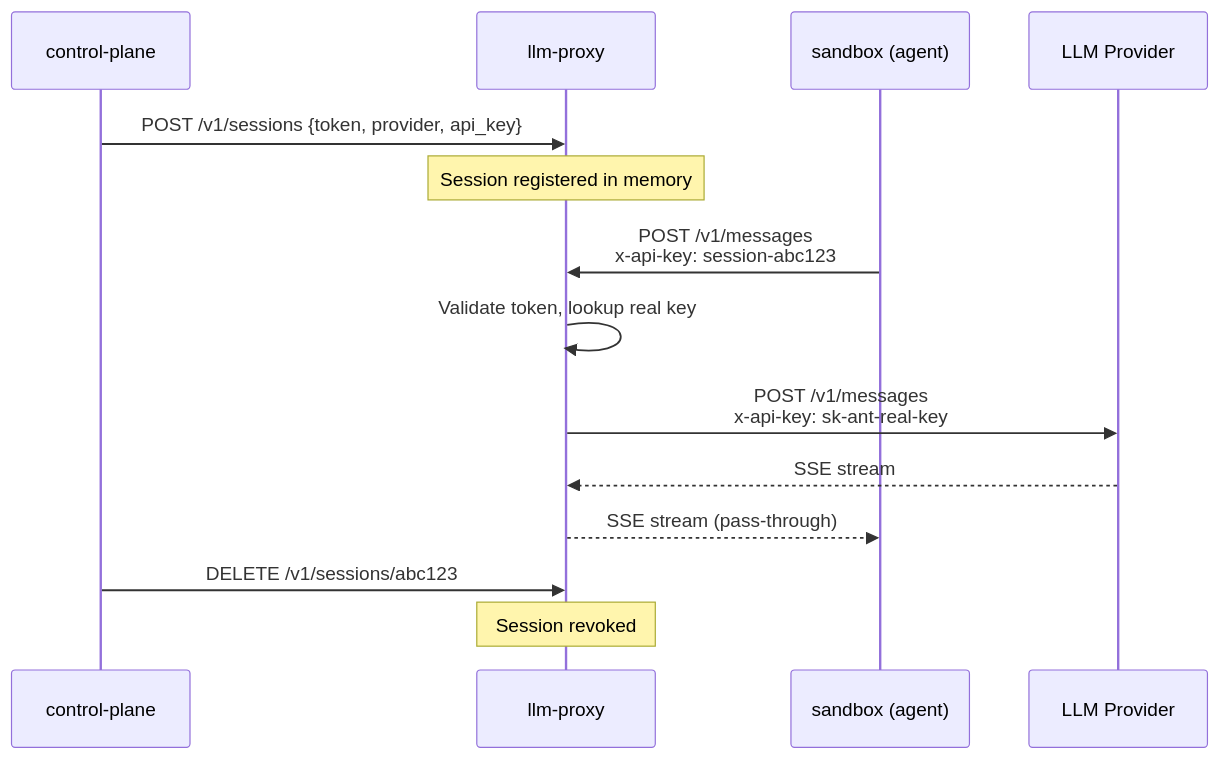
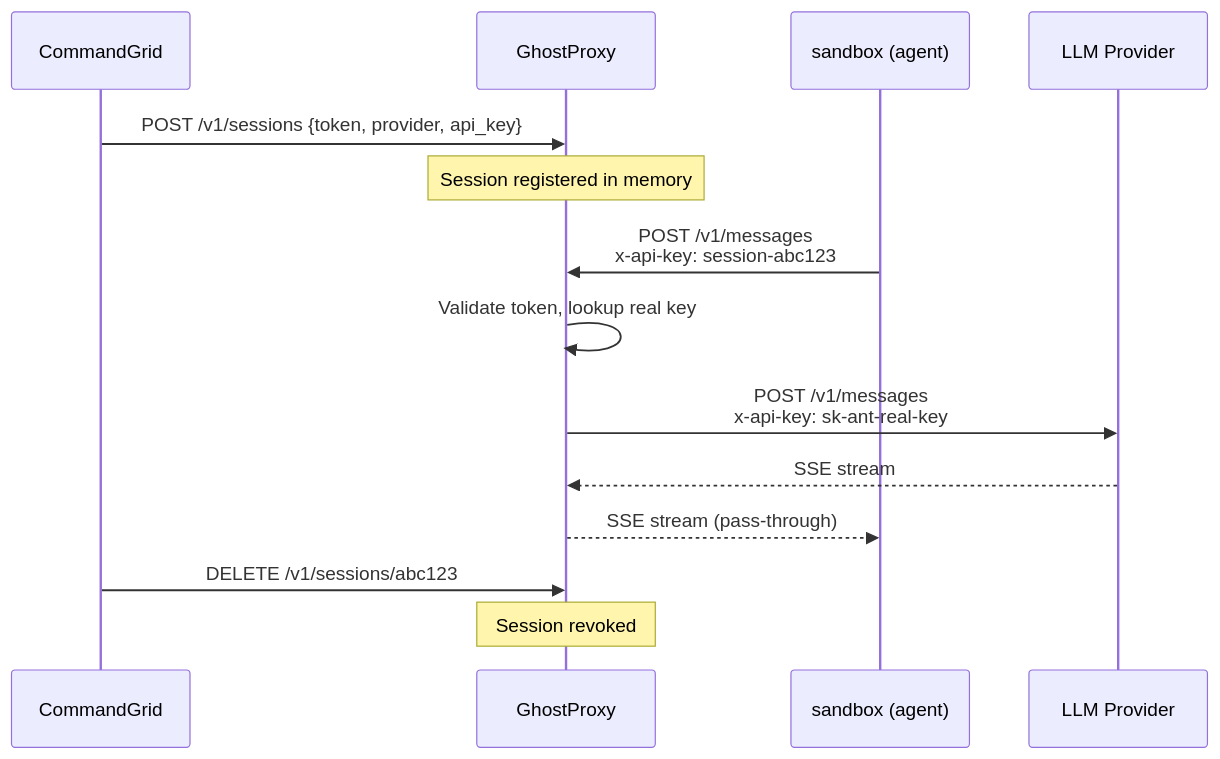
The diagram in README.md (Travbz/llm-proxy), drawn with Mermaid before and after one commit. The commit also changed other lines of this file and 2 other files, not shown here.

````diff
--- a/README.md
+++ b/README.md
@@ -17,19 +17,19 @@
 ```mermaid
 sequenceDiagram
-    participant CP as control-plane
-    participant Proxy as llm-proxy
+    participant CP as CommandGrid
+    participant Proxy as GhostProxy
     participant Sandbox as sandbox (agent)
     participant LLM as LLM Provider
 
     CP->>Proxy: POST /v1/sessions {token, provider, api_key}
     Note over Proxy: Session registered in memory
 
     Sandbox->>Proxy: POST /v1/messages<br/>x-api-key: session-abc123
     Proxy->>Proxy: Validate token, lookup real key
     Proxy->>LLM: POST /v1/messages<br/>x-api-key: sk-ant-real-key
     LLM-->>Proxy: SSE stream
     Proxy-->>Sandbox: SSE stream (pass-through)
 
     CP->>Proxy: DELETE /v1/sessions/abc123
     Note over Proxy: Session revoked
 ```
````
